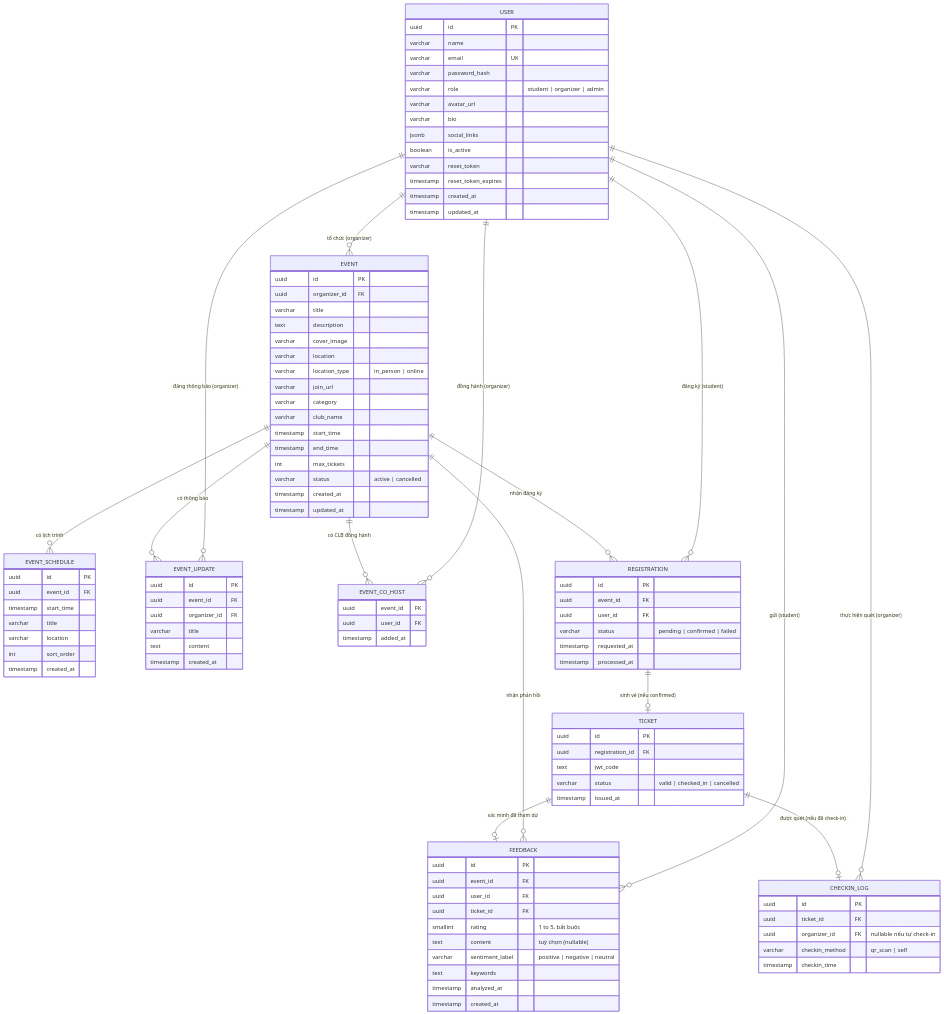
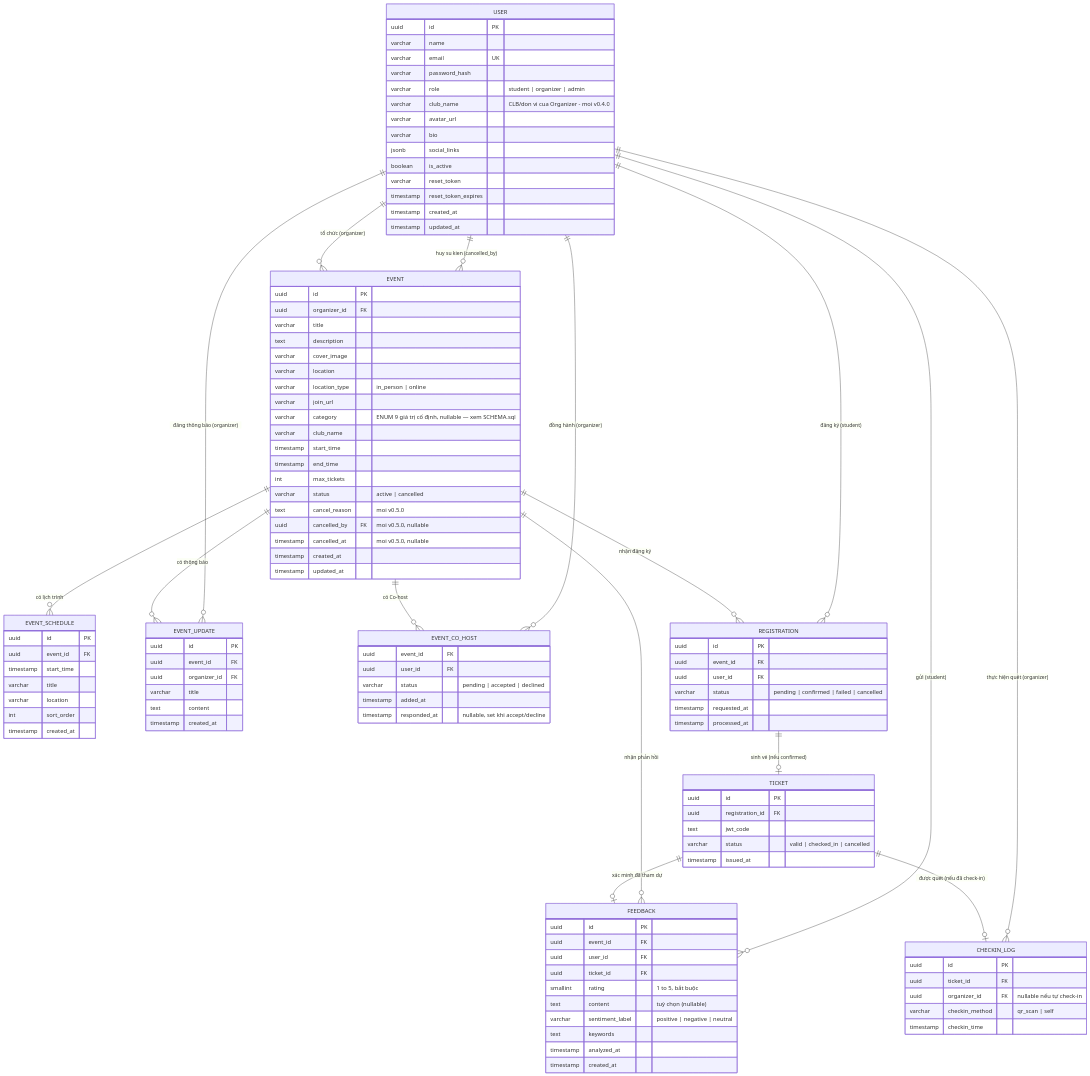
Before and after one commit to trandnquang/unievent-flow-api: the diagram in docs/erd.md, drawn with Mermaid. The commit also changed other lines of this file and 4 other files, not shown here.

```diff
--- a/docs/erd.md
+++ b/docs/erd.md
@@ -20,6 +41,7 @@
         varchar email UK
         varchar password_hash
         varchar role "student | organizer | admin"
+        varchar club_name "CLB/don vi cua Organizer - moi v0.4.0"
         varchar avatar_url
         varchar bio
         jsonb social_links
@@ -39,12 +61,15 @@
         varchar location
         varchar location_type "in_person | online"
         varchar join_url
-        varchar category
+        varchar category "ENUM 9 giá trị cố định, nullable — xem SCHEMA.sql"
         varchar club_name
         timestamp start_time
         timestamp end_time
         int max_tickets
         varchar status "active | cancelled"
+        text cancel_reason "moi v0.5.0"
+        uuid cancelled_by FK "moi v0.5.0, nullable"
+        timestamp cancelled_at "moi v0.5.0, nullable"
         timestamp created_at
         timestamp updated_at
     }
@@ -71,14 +96,16 @@
     EVENT_CO_HOST {
         uuid event_id FK
         uuid user_id FK
+        varchar status "pending | accepted | declined"
         timestamp added_at
+        timestamp responded_at "nullable, set khi accept/decline"
     }
 
     REGISTRATION {
         uuid id PK
         uuid event_id FK
         uuid user_id FK
-        varchar status "pending | confirmed | failed"
+        varchar status "pending | confirmed | failed | cancelled"
         timestamp requested_at
         timestamp processed_at
     }
@@ -112,6 +139,7 @@
         timestamp checkin_time
     }
 
+    USER ||--o{ EVENT           : "huy su kien (cancelled_by)"
     USER ||--o{ EVENT           : "tổ chức (organizer)"
     USER ||--o{ REGISTRATION    : "đăng ký (student)"
     USER ||--o{ FEEDBACK        : "gửi (student)"
@@ -122,7 +150,7 @@
     EVENT ||--o{ FEEDBACK       : "nhận phản hồi"
     EVENT ||--o{ EVENT_SCHEDULE : "có lịch trình"
     EVENT ||--o{ EVENT_UPDATE   : "có thông báo"
-    EVENT ||--o{ EVENT_CO_HOST  : "có CLB đồng hành"
+    EVENT ||--o{ EVENT_CO_HOST  : "có Co-host"
     REGISTRATION ||--o| TICKET      : "sinh vé (nếu confirmed)"
     TICKET       ||--o| CHECKIN_LOG : "được quét (nếu đã check-in)"
     TICKET       ||--o| FEEDBACK    : "xác minh đã tham dự"
```
